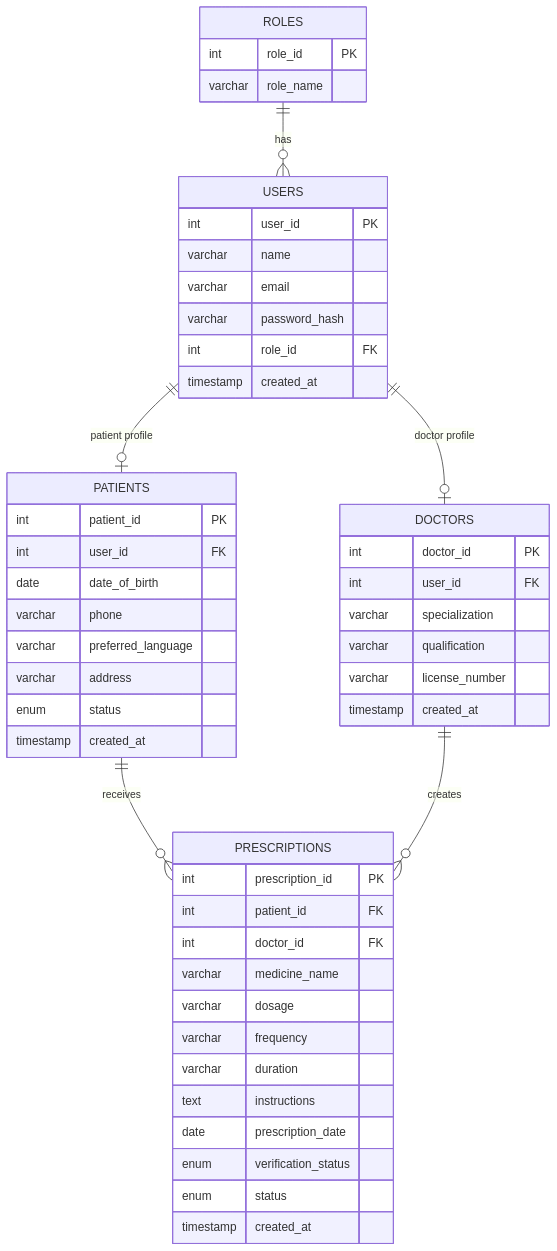
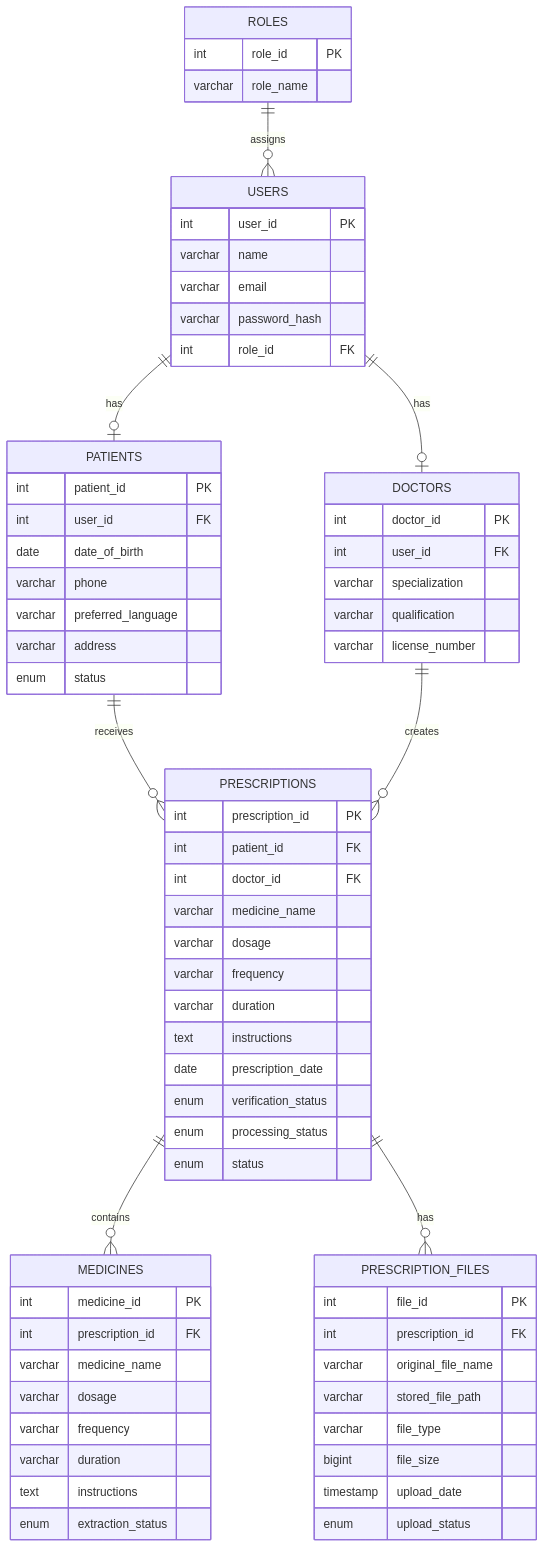
The diagram in documentation/ER_DIAGRAM/er_diagram.md (Techtitans-SE-Team/SE-MINI-PROJECT), drawn with Mermaid before and after one commit. The commit also changed other lines of this file and 7 other files, not shown here.

````diff
--- a/documentation/ER_DIAGRAM/er_diagram.md
+++ b/documentation/ER_DIAGRAM/er_diagram.md
@@ -5,57 +6,81 @@
 ```mermaid
 erDiagram
-    ROLES ||--o{ USERS : has
-    USERS ||--o| PATIENTS : "patient profile"
-    USERS ||--o| DOCTORS : "doctor profile"
+
+    ROLES ||--o{ USERS : assigns
+    USERS ||--o| PATIENTS : has
+    USERS ||--o| DOCTORS : has
+
     PATIENTS ||--o{ PRESCRIPTIONS : receives
     DOCTORS ||--o{ PRESCRIPTIONS : creates
+
+    PRESCRIPTIONS ||--o{ MEDICINES : contains
+    PRESCRIPTIONS ||--o{ PRESCRIPTION_FILES : has
 
     ROLES {
         int role_id PK
         varchar role_name
     }
 
     USERS {
         int user_id PK
         varchar name
         varchar email
         varchar password_hash
         int role_id FK
-        timestamp created_at
     }
 
     PATIENTS {
         int patient_id PK
         int user_id FK
         date date_of_birth
         varchar phone
         varchar preferred_language
         varchar address
         enum status
-        timestamp created_at
     }
 
     DOCTORS {
         int doctor_id PK
         int user_id FK
         varchar specialization
         varchar qualification
         varchar license_number
-        timestamp created_at
     }
 
     PRESCRIPTIONS {
         int prescription_id PK
         int patient_id FK
         int doctor_id FK
         varchar medicine_name
         varchar dosage
         varchar frequency
         varchar duration
         text instructions
         date prescription_date
         enum verification_status
+        enum processing_status
         enum status
-        timestamp created_at
+    }
+
+    MEDICINES {
+        int medicine_id PK
+        int prescription_id FK
+        varchar medicine_name
+        varchar dosage
+        varchar frequency
+        varchar duration
+        text instructions
+        enum extraction_status
+    }
+
+    PRESCRIPTION_FILES {
+        int file_id PK
+        int prescription_id FK
+        varchar original_file_name
+        varchar stored_file_path
+        varchar file_type
+        bigint file_size
+        timestamp upload_date
+        enum upload_status
     }
 ```
````
